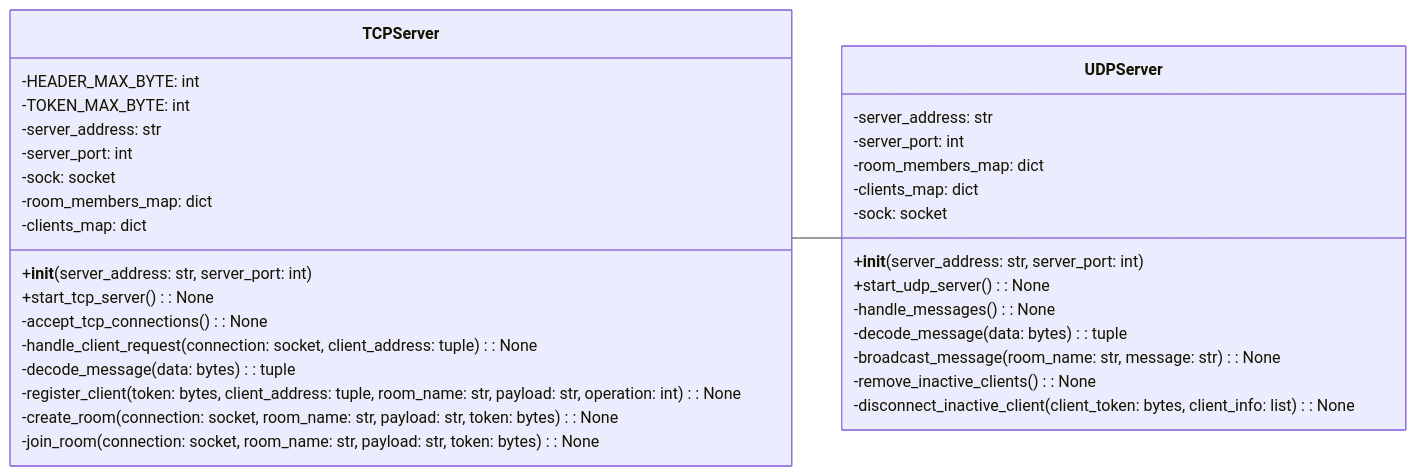
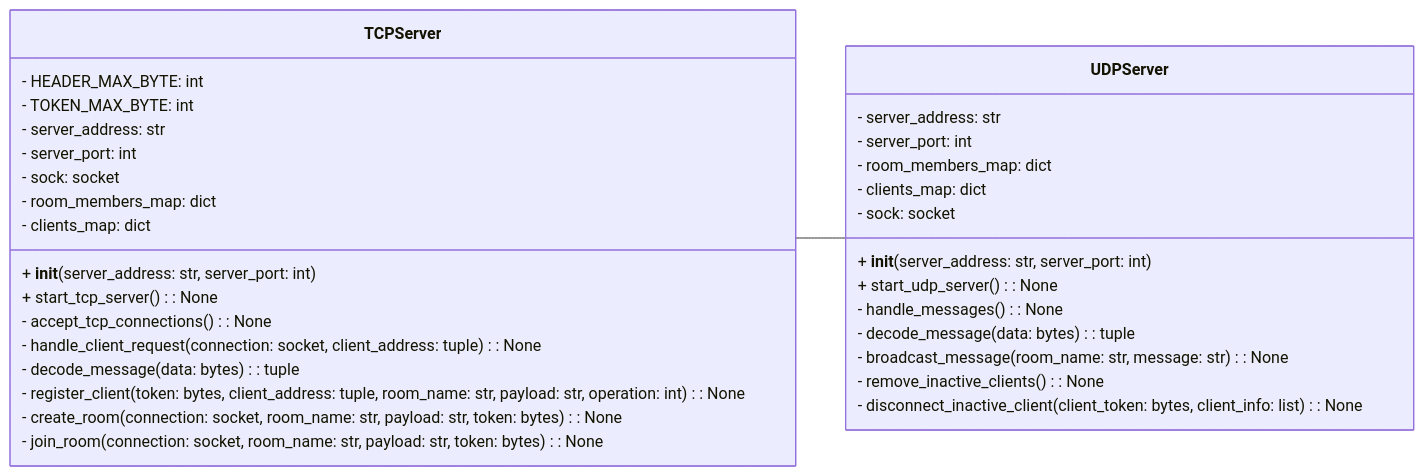
Before and after one commit to BackendExplorer/Multi-User-Chat-App: the first of 3 diagrams in README.md, drawn with Mermaid. The commit also changed other lines of this file, not shown here.

````diff
--- a/README.md
+++ b/README.md
@@ -71,39 +72,39 @@
 ```mermaid
 classDiagram
-    direction LR
+direction LR
 
-    TCPServer -- UDPServer
+TCPServer -- UDPServer
 
-    class TCPServer {
-        -HEADER_MAX_BYTE: int
-        -TOKEN_MAX_BYTE: int
-        -server_address: str
-        -server_port: int
-        -sock: socket
-        -room_members_map: dict
-        -clients_map: dict
-        +__init__(server_address: str, server_port: int)
-        +start_tcp_server(): None
-        -accept_tcp_connections(): None
-        -handle_client_request(connection: socket, client_address: tuple): None
-        -decode_message(data: bytes): tuple
-        -register_client(token: bytes, client_address: tuple, room_name: str, payload: str, operation: int): None
-        -create_room(connection: socket, room_name: str, payload: str, token: bytes): None
-        -join_room(connection: socket, room_name: str, payload: str, token: bytes): None
-    }
+class TCPServer {
+    - HEADER_MAX_BYTE: int
+    - TOKEN_MAX_BYTE: int
+    - server_address: str
+    - server_port: int
+    - sock: socket
+    - room_members_map: dict
+    - clients_map: dict
+    + __init__(server_address: str, server_port: int)
+    + start_tcp_server(): None
+    - accept_tcp_connections(): None
+    - handle_client_request(connection: socket, client_address: tuple): None
+    - decode_message(data: bytes): tuple
+    - register_client(token: bytes, client_address: tuple, room_name: str, payload: str, operation: int): None
+    - create_room(connection: socket, room_name: str, payload: str, token: bytes): None
+    - join_room(connection: socket, room_name: str, payload: str, token: bytes): None
+}
 
-    class UDPServer {
-        -server_address: str
-        -server_port: int
-        -room_members_map: dict
-        -clients_map: dict
-        -sock: socket
-        +__init__(server_address: str, server_port: int)
-        +start_udp_server(): None
-        -handle_messages(): None
-        -decode_message(data: bytes): tuple
-        -broadcast_message(room_name: str, message: str): None
-        -remove_inactive_clients(): None
-        -disconnect_inactive_client(client_token: bytes, client_info: list): None
-    }
+class UDPServer {
+    - server_address: str
+    - server_port: int
+    - room_members_map: dict
+    - clients_map: dict
+    - sock: socket
+    + __init__(server_address: str, server_port: int)
+    + start_udp_server(): None
+    - handle_messages(): None
+    - decode_message(data: bytes): tuple
+    - broadcast_message(room_name: str, message: str): None
+    - remove_inactive_clients(): None
+    - disconnect_inactive_client(client_token: bytes, client_info: list): None
+}
 ```
````
